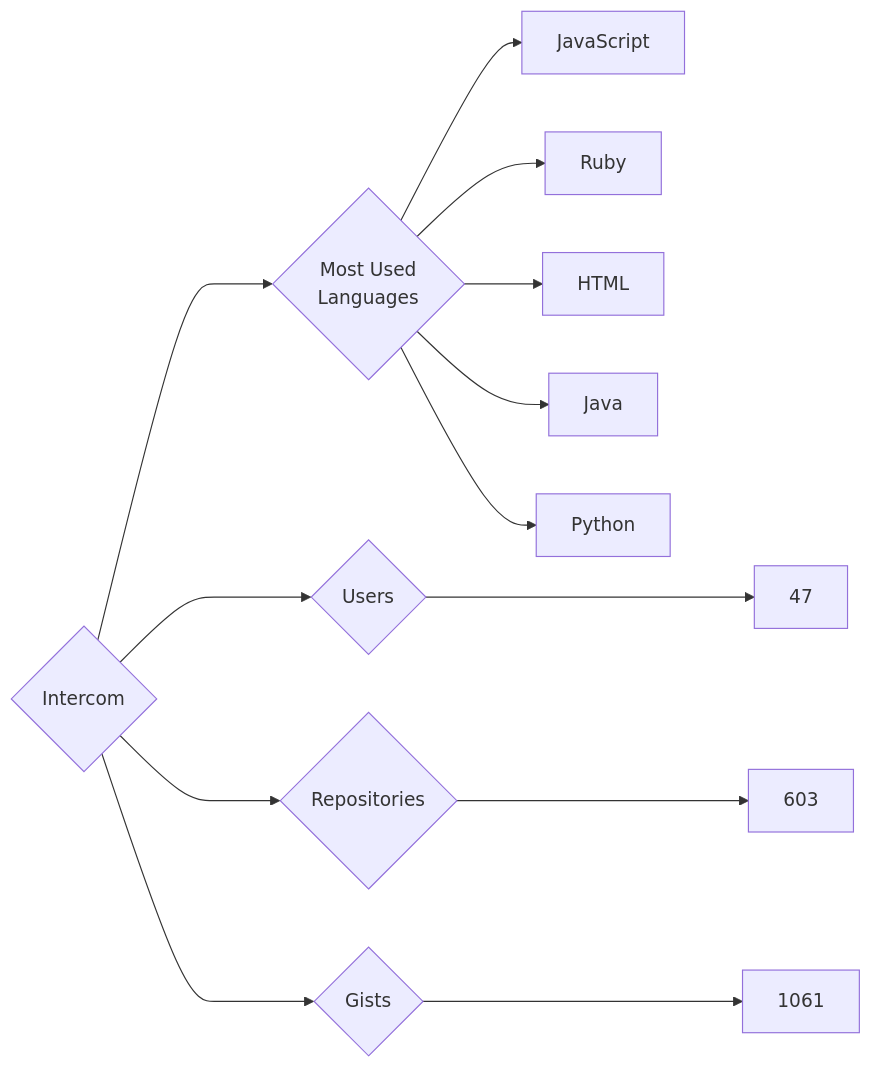
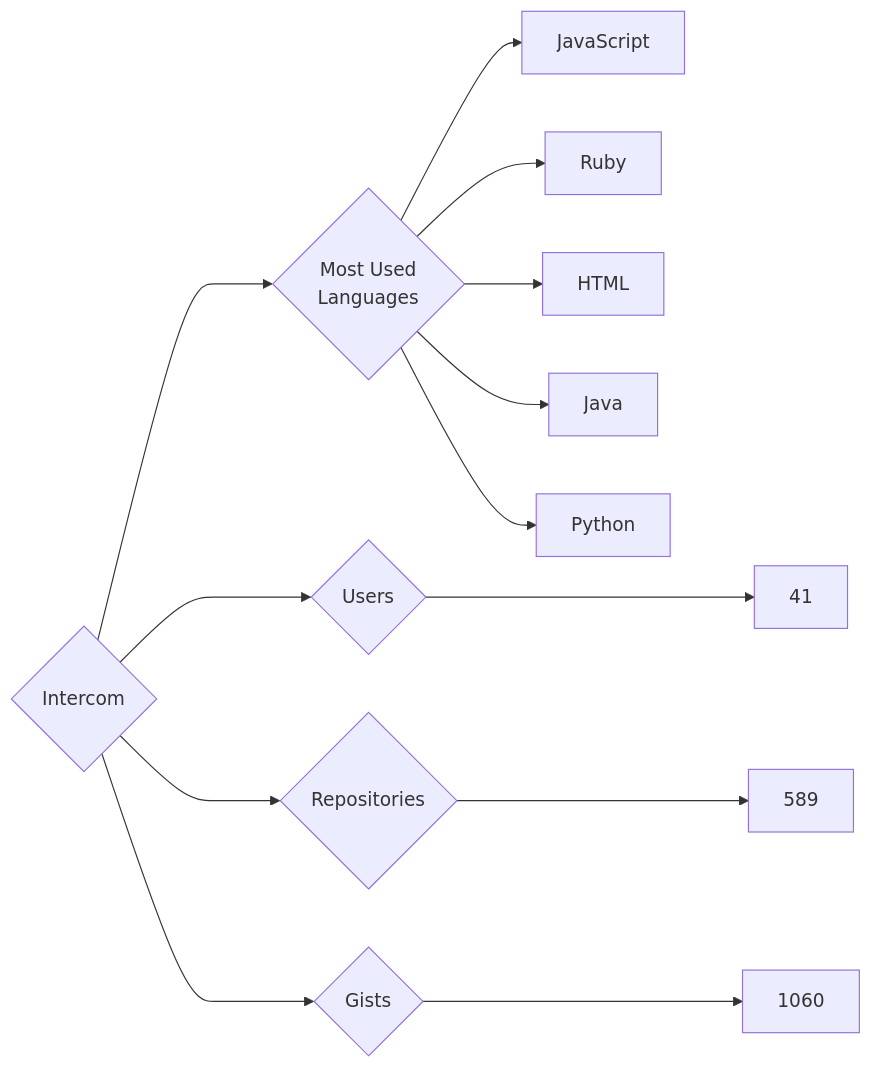
Before and after one commit to trickest/insiders: the diagram in targets/Intercom/README.md, drawn with Mermaid. The commit also changed 925 other files, not shown here.

````diff
--- a/targets/Intercom/README.md
+++ b/targets/Intercom/README.md
@@ -3,13 +3,13 @@
 ```mermaid
 graph LR
 COMPANY_NAME{Intercom}
-COMPANY_NAME ---> U{Users} ---> UN[47]
-COMPANY_NAME ---> R{Repositories} ---> RN[603]
-COMPANY_NAME ---> G{Gists} ---> GN[1061]
+COMPANY_NAME ---> U{Users} ---> UN[41]
+COMPANY_NAME ---> R{Repositories} ---> RN[589]
+COMPANY_NAME ---> G{Gists} ---> GN[1060]
 COMPANY_NAME ---> ML{Most Used<br>Languages}
 ML --> JavaScript[JavaScript]
 ML --> Ruby[Ruby]
 ML --> HTML[HTML]
 ML --> Java[Java]
 ML --> Python[Python]
 ```
````
